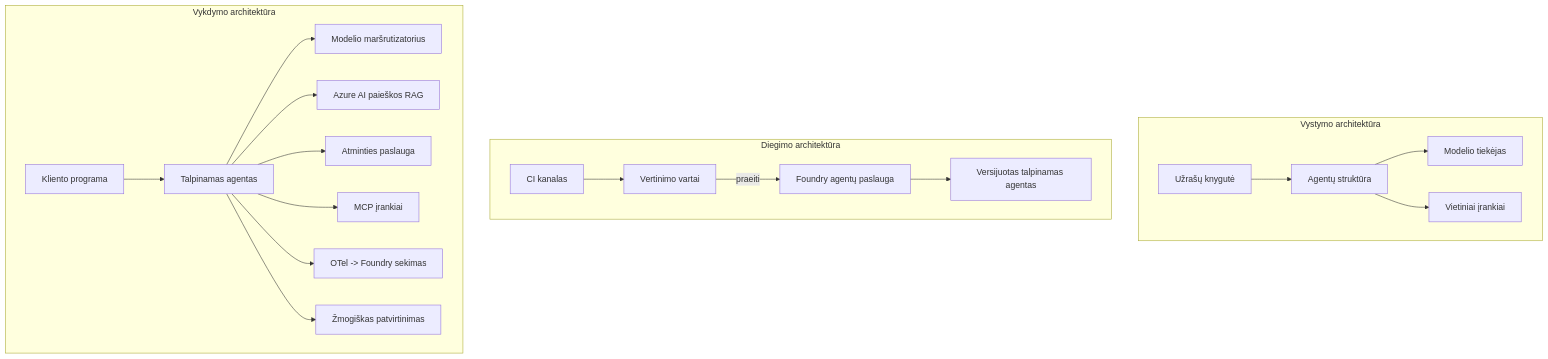
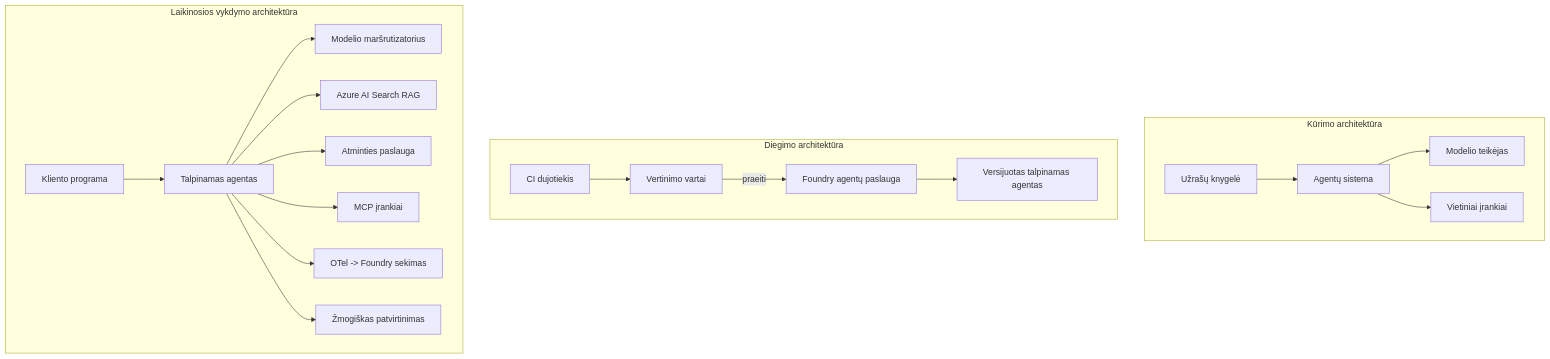
The fourth of 4 diagrams in mirrors/repos/microsoft@ai-agents-for-beginners/translations/lt/16-deploying-scalable-agents/README.md (gabrielmoreira/agent-skills-mirror), drawn with Mermaid before and after one commit. The commit also changed other lines of this file and 3581 other files, not shown here.

````diff
--- a/mirrors/repos/microsoft@ai-agents-for-beginners/translations/lt/16-deploying-scalable-agents/README.md
+++ b/mirrors/repos/microsoft@ai-agents-for-beginners/translations/lt/16-deploying-scalable-agents/README.md
@@ -185,22 +185,22 @@
 ```mermaid
 flowchart TB
-    subgraph Dev[Vystymo architektūra]
-        D1[Užrašų knygutė] --> D2[Agentų struktūra]
-        D2 --> D3[Modelio tiekėjas]
+    subgraph Dev[Kūrimo architektūra]
+        D1[Užrašų knygelė] --> D2[Agentų sistema]
+        D2 --> D3[Modelio teikėjas]
         D2 --> D4[Vietiniai įrankiai]
     end
     subgraph Deploy[Diegimo architektūra]
-        E1[CI kanalas] --> E2[Vertinimo vartai]
+        E1[CI dujotiekis] --> E2[Vertinimo vartai]
         E2 -->|praeiti| E3[Foundry agentų paslauga]
         E3 --> E4[Versijuotas talpinamas agentas]
     end
-    subgraph Run[Vykdymo architektūra]
+    subgraph Run[Laikinosios vykdymo architektūra]
         F1[Kliento programa] --> F2[Talpinamas agentas]
         F2 --> F3[Modelio maršrutizatorius]
-        F2 --> F4[Azure AI paieškos RAG]
+        F2 --> F4[Azure AI Search RAG]
         F2 --> F5[Atminties paslauga]
         F2 --> F6[MCP įrankiai]
         F2 --> F7[OTel -> Foundry sekimas]
         F2 --> F8[Žmogiškas patvirtinimas]
     end
 ```
````
